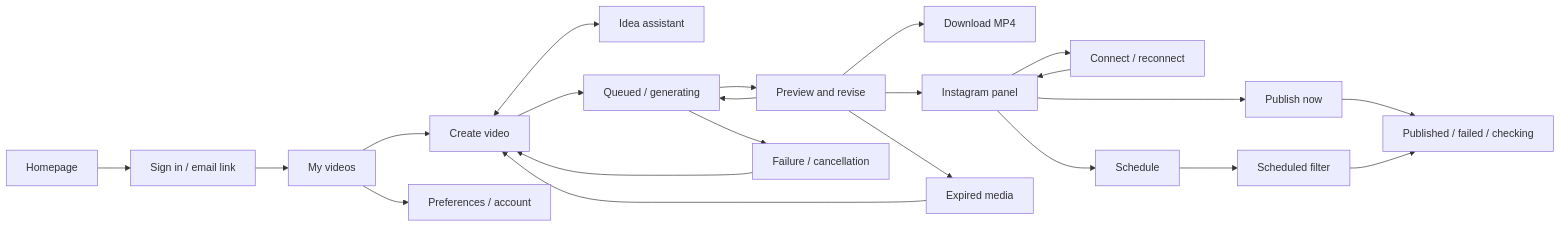
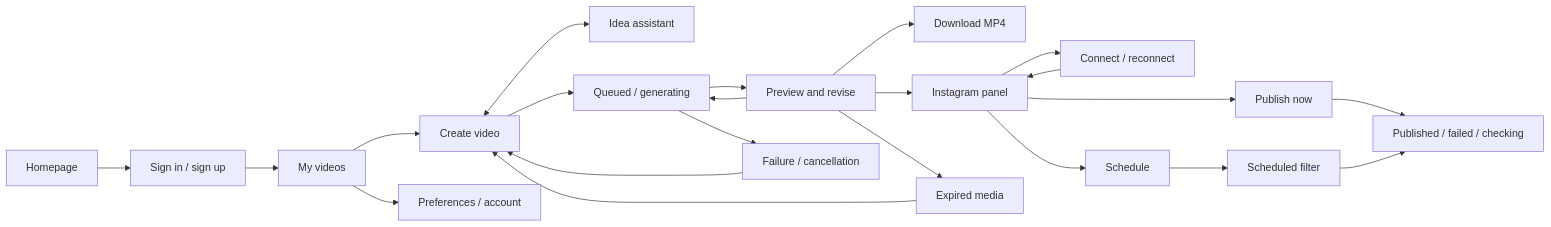
The diagram in docs/design/Application-Screen-Inventory.md (balajiraparti/ChitraBodh---AI-powered-Video-Generator), drawn with Mermaid before and after one commit. The commit also changed other lines of this file and 21 other files, not shown here.

Commit message:
Replace magic link auth with email password accounts

````diff
--- a/docs/design/Application-Screen-Inventory.md
+++ b/docs/design/Application-Screen-Inventory.md
@@ -60,24 +60,24 @@
 ```mermaid
 flowchart LR
-  Home[Homepage] --> Auth[Sign in / email link]
+  Home[Homepage] --> Auth[Sign in / sign up]
   Auth --> Library[My videos]
   Library --> Compose[Create video]
   Compose <--> Ideas[Idea assistant]
   Compose --> Job[Queued / generating]
   Job --> Ready[Preview and revise]
   Job --> Failed[Failure / cancellation]
   Failed --> Compose
   Ready --> Job
   Ready --> Download[Download MP4]
   Ready --> Share[Instagram panel]
   Share --> Connection[Connect / reconnect]
   Connection --> Share
   Share --> Now[Publish now]
   Share --> Later[Schedule]
   Later --> Scheduled[Scheduled filter]
   Now --> Outcome[Published / failed / checking]
   Scheduled --> Outcome
   Ready --> Expired[Expired media]
   Expired --> Compose
   Library --> Settings[Preferences / account]
 ```
````
